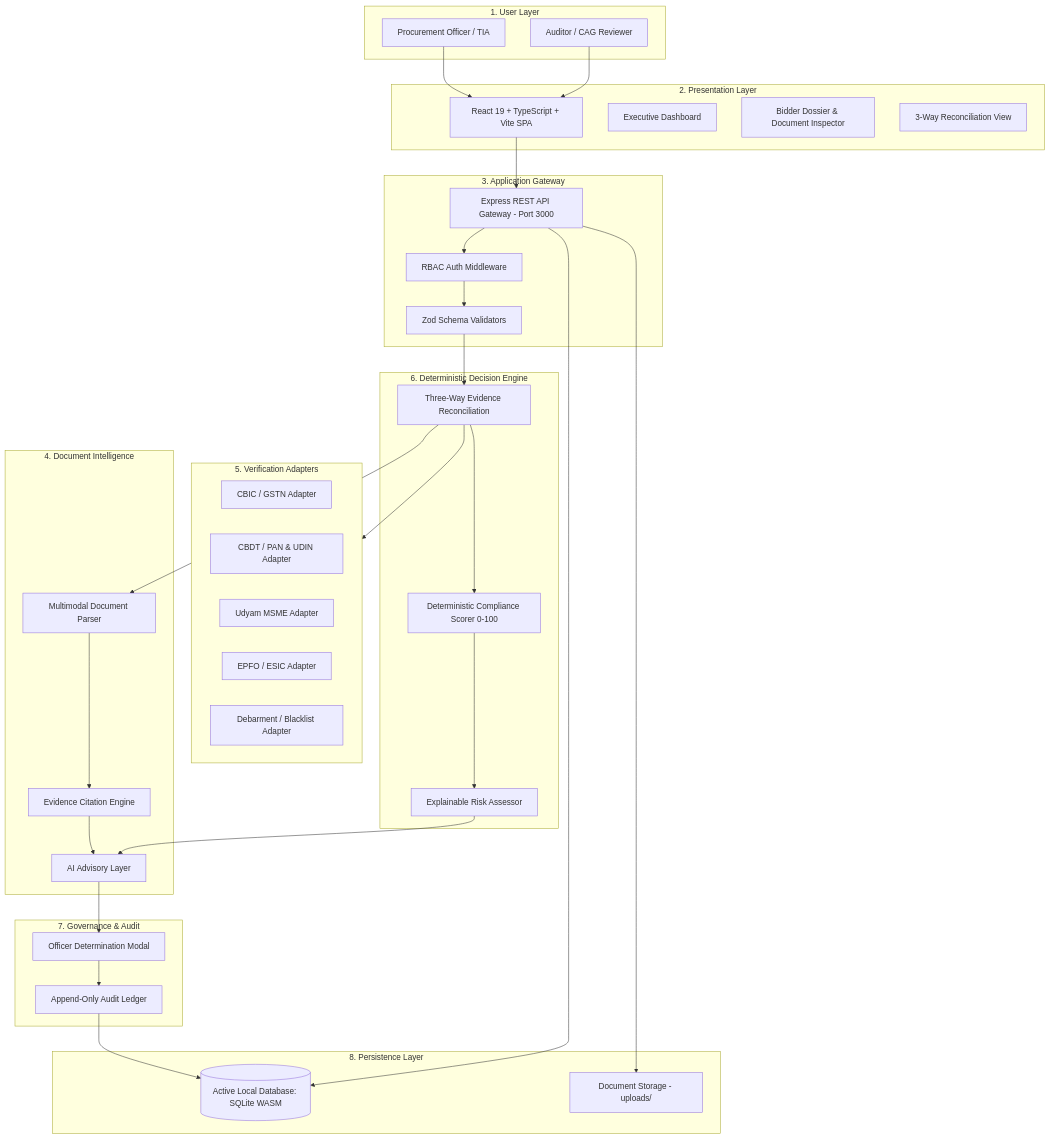
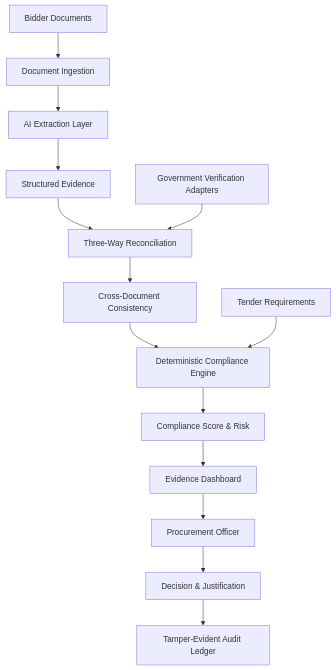
Before and after one commit to maitray-agrawal/Satyam: the diagram in README.md, drawn with Mermaid. The commit also changed other lines of this file and 23 other files, not shown here.

````diff
--- a/README.md
+++ b/README.md
@@ -47,67 +90,20 @@
 ```mermaid
-graph TD
-    subgraph UserLayer [1. User Layer]
-        PO[Procurement Officer / TIA]
-        AUD[Auditor / CAG Reviewer]
-    end
+flowchart TD
+    A[Bidder Documents] --> B[Document Ingestion]
+    B --> C[AI Extraction Layer]
+    C --> D[Structured Evidence]
 
-    subgraph PresentationLayer [2. Presentation Layer]
-        SPA[React 19 + TypeScript + Vite SPA]
-        DASH[Executive Dashboard]
-        DOSSIER[Bidder Dossier & Document Inspector]
-        RECON_UI[3-Way Reconciliation View]
-    end
+    D --> E[Three-Way Reconciliation]
+    E --> F[Cross-Document Consistency]
+    F --> G[Deterministic Compliance Engine]
 
-    subgraph ApplicationLayer [3. Application Gateway]
-        API[Express REST API Gateway - Port 3000]
-        AUTH[RBAC Auth Middleware]
-        ZOD[Zod Schema Validators]
-    end
+    H[Government Verification Adapters] --> E
+    I[Tender Requirements] --> G
 
-    subgraph IntelligenceLayer [4. Document Intelligence]
-        OCR[Multimodal Document Parser]
-        CITE[Evidence Citation Engine]
-        ADVISORY[AI Advisory Layer]
-    end
+    G --> J[Compliance Score & Risk]
+    J --> K[Evidence Dashboard]
 
-    subgraph VerificationLayer [5. Verification Adapters]
-        V_GST[CBIC / GSTN Adapter]
-        V_IT[CBDT / PAN & UDIN Adapter]
-        V_MSME[Udyam MSME Adapter]
-        V_EPFO[EPFO / ESIC Adapter]
-        V_DEB[Debarment / Blacklist Adapter]
-    end
-
-    subgraph DecisionLayer [6. Deterministic Decision Engine]
-        RECON[Three-Way Evidence Reconciliation]
-        SCORER[Deterministic Compliance Scorer 0-100]
-        RISK[Explainable Risk Assessor]
-    end
-
-    subgraph GovernanceLayer [7. Governance & Audit]
-        DECISION[Officer Determination Modal]
-        AUDIT[Append-Only Audit Ledger]
-    end
-
-    subgraph PersistenceLayer [8. Persistence Layer]
-        SQLITE[(Active Local Database: SQLite WASM)]
-        STORAGE[Document Storage - uploads/]
-    end
-
-    PO --> SPA
-    AUD --> SPA
-    SPA --> API
-    API --> AUTH --> ZOD
-    ZOD --> RECON
-    RECON --> OCR
-    RECON --> VerificationLayer
-    OCR --> CITE
-    CITE --> ADVISORY
-    RECON --> SCORER --> RISK
-    RISK --> ADVISORY
-    ADVISORY --> DECISION
-    DECISION --> AUDIT
-    AUDIT --> SQLITE
-    API --> SQLITE
-    API --> STORAGE
+    K --> L[Procurement Officer]
+    L --> M[Decision & Justification]
+    M --> N[Tamper-Evident Audit Ledger]
 ```
````
